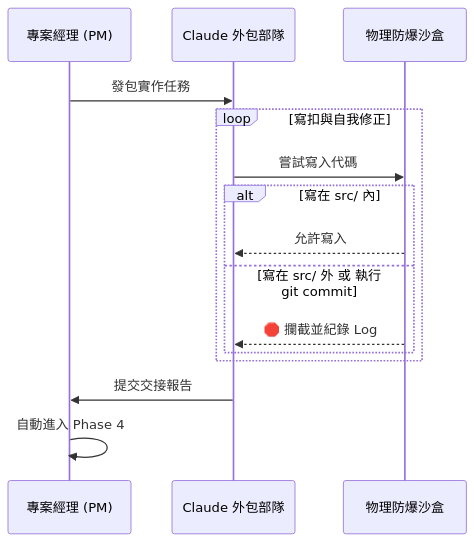
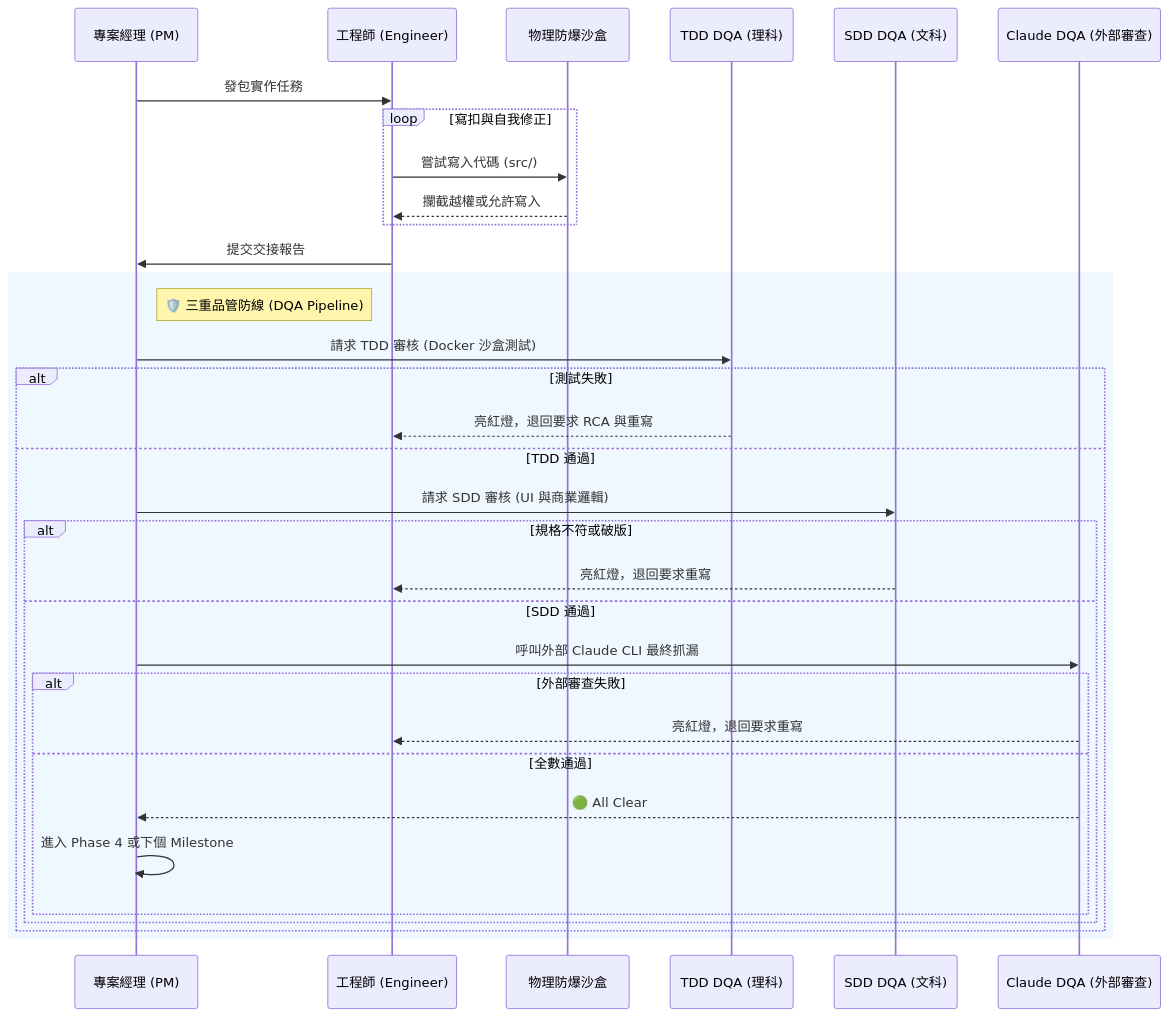
One commit to vip3310495-Johnny/Johnny-project-team-plugin changed the fourth of 7 diagrams in README.md. Above: the diagram before and after it, drawn with Mermaid. The commit also changed other lines of this file, not shown here.

Commit message:
docs: Fix Phase 3 and Phase 4 flowcharts to reflect accurate logic

````diff
--- a/README.md
+++ b/README.md
@@ -142,17 +142,37 @@
 ```mermaid
 sequenceDiagram
     participant PM as 專案經理 (PM)
-    participant Claude as Claude 外包部隊
+    participant ENG as 工程師 (Engineer)
     participant Guard as 物理防爆沙盒
-    PM->>Claude: 發包實作任務
+    participant TDD as TDD DQA (理科)
+    participant SDD as SDD DQA (文科)
+    participant CDQA as Claude DQA (外部審查)
+    
+    PM->>ENG: 發包實作任務
     loop 寫扣與自我修正
-        Claude->>Guard: 嘗試寫入代碼
-        alt 寫在 src/ 內
-            Guard-->>Claude: 允許寫入
-        else 寫在 src/ 外 或 執行 git commit
-            Guard-->>Claude: 🛑 攔截並紀錄 Log
+        ENG->>Guard: 嘗試寫入代碼 (src/)
+        Guard-->>ENG: 攔截越權或允許寫入
+    end
+    ENG->>PM: 提交交接報告
+    
+    rect rgb(240, 248, 255)
+        note right of PM: 🛡️ 三重品管防線 (DQA Pipeline)
+        PM->>TDD: 請求 TDD 審核 (Docker 沙盒測試)
+        alt 測試失敗
+            TDD-->>ENG: 亮紅燈，退回要求 RCA 與重寫
+        else TDD 通過
+            PM->>SDD: 請求 SDD 審核 (UI 與商業邏輯)
+            alt 規格不符或破版
+                SDD-->>ENG: 亮紅燈，退回要求重寫
+            else SDD 通過
+                PM->>CDQA: 呼叫外部 Claude CLI 最終抓漏
+                alt 外部審查失敗
+                    CDQA-->>ENG: 亮紅燈，退回要求重寫
+                else 全數通過
+                    CDQA-->>PM: 🟢 All Clear
+                    PM->>PM: 進入 Phase 4 或下個 Milestone
+                end
+            end
         end
     end
-    Claude->>PM: 提交交接報告
-    PM->>PM: 自動進入 Phase 4
 ```
````
